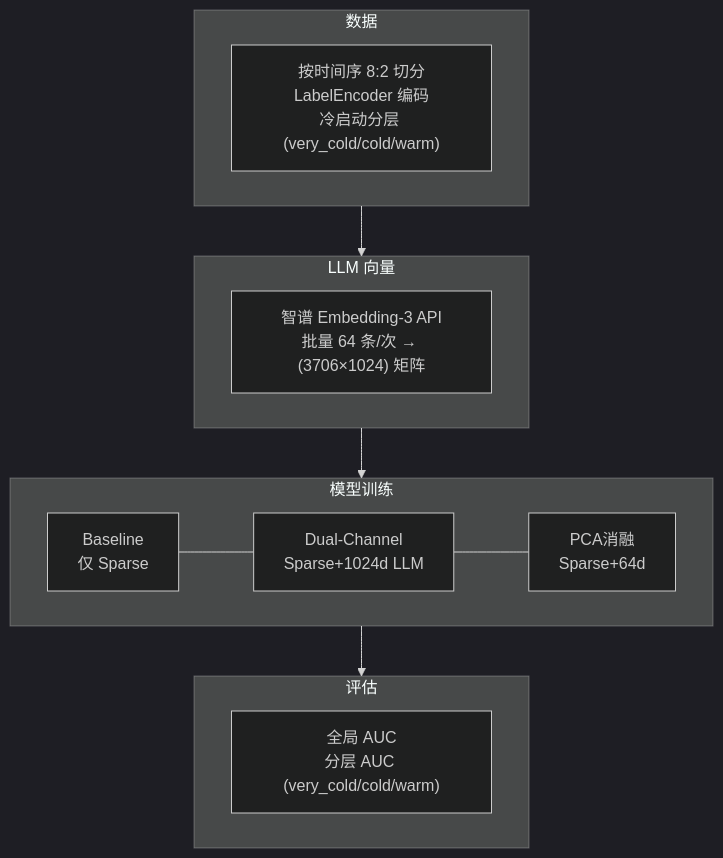
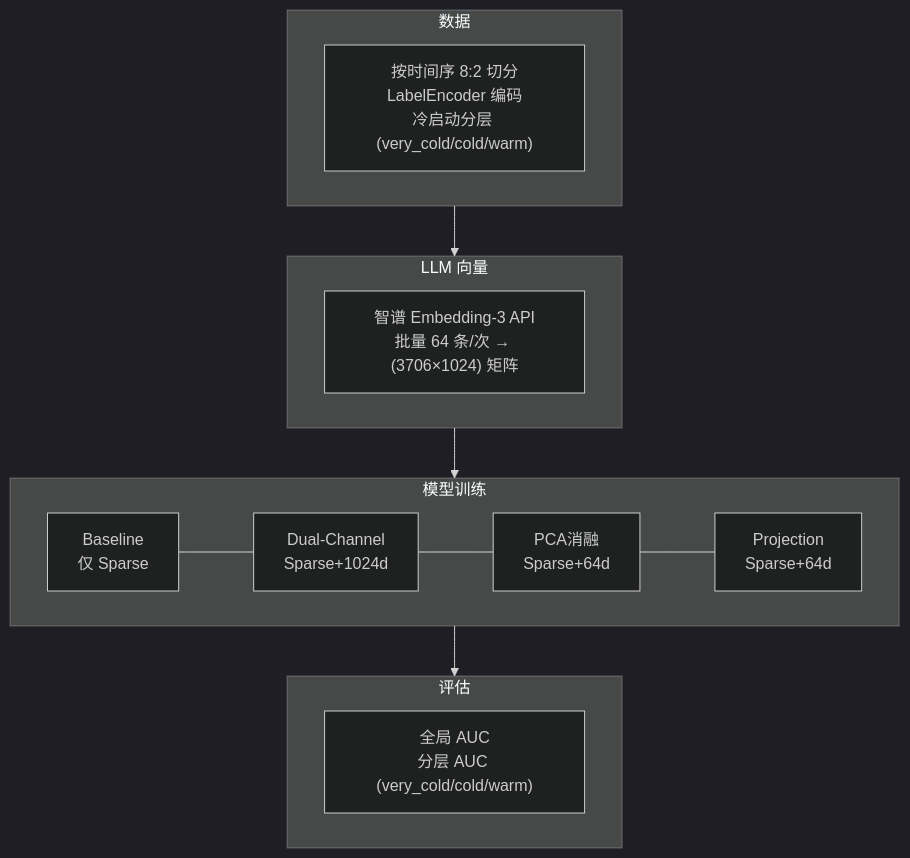
The second of 3 diagrams in README.md (bc6108monica-ship-it/DeepFM-CTR), drawn with Mermaid (dark theme) before and after one commit. The commit also changed other lines of this file, not shown here.

````diff
--- a/README.md
+++ b/README.md
@@ -14,16 +14,16 @@
 ```mermaid
 flowchart TB
     subgraph Data[数据]
         M1["按时间序 8:2 切分<br/>LabelEncoder 编码<br/>冷启动分层 (very_cold/cold/warm)"]
     end
     subgraph LLM[LLM 向量]
         M2["智谱 Embedding-3 API<br/>批量 64 条/次 → (3706×1024) 矩阵"]
     end
     subgraph Train[模型训练]
-        T1["Baseline<br/>仅 Sparse"] --- T2["Dual-Channel<br/>Sparse+1024d LLM"] --- T3["PCA消融<br/>Sparse+64d"]
+        T1["Baseline<br/>仅 Sparse"] --- T2["Dual-Channel<br/>Sparse+1024d"] --- T3["PCA消融<br/>Sparse+64d"] --- T4["Projection<br/>Sparse+64d"]
     end
     subgraph Eval[评估]
         M4["全局 AUC<br/>分层 AUC (very_cold/cold/warm)"]
     end
     Data --> LLM --> Train --> Eval
 ```
````
